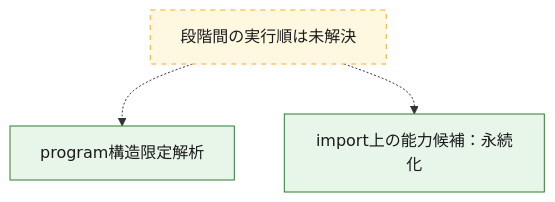
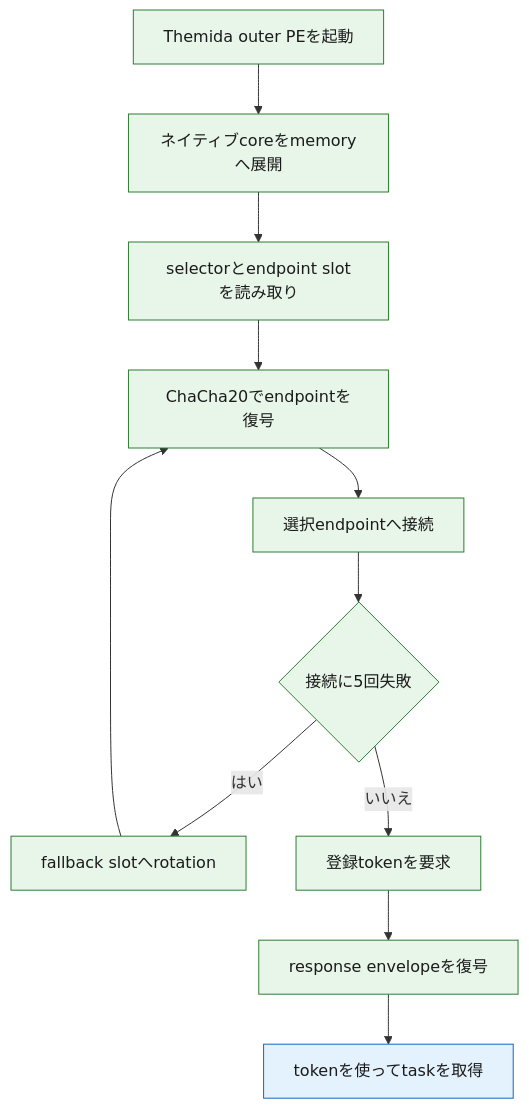
One commit to proshiba/AI-security-analysis changed the first of 3 diagrams in analysis-results/malware/remusstealer/versions/unknown/cases/843eec789f90f15c13e6905f36f54c32a0dbf767d9715aef1387d232aa11ab93/OVERALL-LOGIC.md. Above: the diagram before and after it, drawn with Mermaid. The commit also changed other lines of this file and 182 other files, not shown here.

````diff
--- a/analysis-results/malware/remusstealer/versions/unknown/cases/843eec789f90f15c13e6905f36f54c32a0dbf767d9715aef1387d232aa11ab93/OVERALL-LOGIC.md
+++ b/analysis-results/malware/remusstealer/versions/unknown/cases/843eec789f90f15c13e6905f36f54c32a0dbf767d9715aef1387d232aa11ab93/OVERALL-LOGIC.md
@@ -16,12 +9,17 @@
 ```mermaid
 flowchart TD
-  exec_01["program構造限定解析"]
-  exec_02["import上の能力候補：永続化"]
-  exec_unknown["段階間の実行順は未解決"]
-  exec_unknown -.-> exec_01
-  exec_unknown -.-> exec_02
-  class exec_unknown unresolved
-  class exec_01,exec_02 confirmed
+  A["Themida outer PEを起動"] --> B["ネイティブcoreをmemoryへ展開"]
+  B --> C["selectorとendpoint slotを読み取り"]
+  C --> D["ChaCha20でendpointを復号"]
+  D --> E["選択endpointへ接続"]
+  E --> F{"接続に5回失敗"}
+  F -- "はい" --> G["fallback slotへrotation"]
+  G --> D
+  F -- "いいえ" --> H["登録tokenを要求"]
+  H --> I["response envelopeを復号"]
+  I --> J["tokenを使ってtaskを取得"]
+  class A,B,C,D,E,F,G,H,I confirmed
+  class J correlated
   classDef confirmed fill:#e8f5e9,stroke:#2e7d32,color:#1b1b1b
-  classDef unresolved fill:#fff8e1,stroke:#f9a825,color:#1b1b1b,stroke-dasharray:5 5
+  classDef correlated fill:#e3f2fd,stroke:#1565c0,color:#1b1b1b
 ```
````
